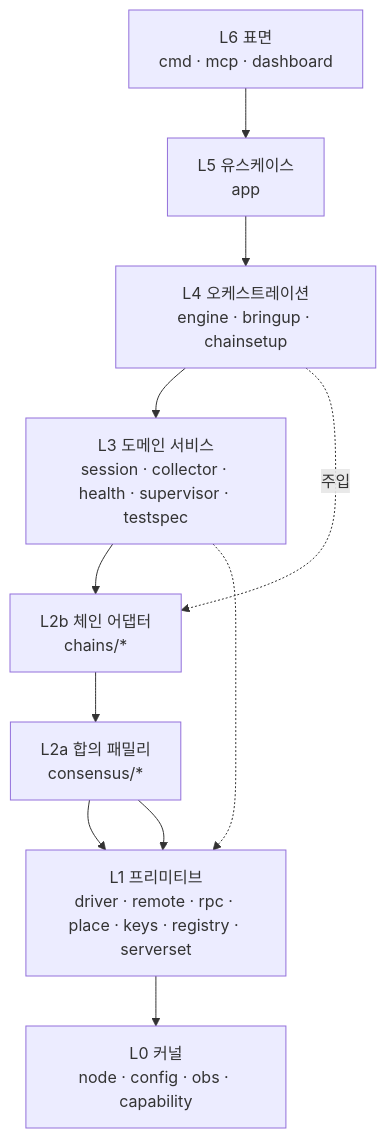
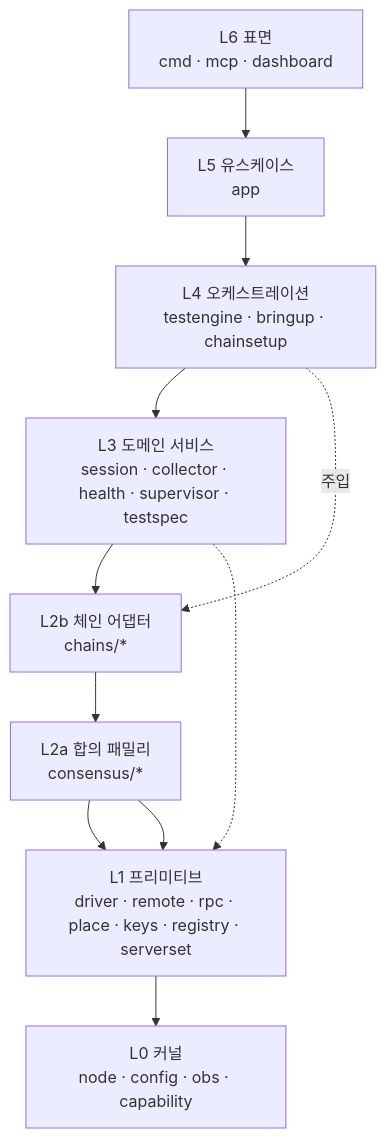
One commit to 0xmhha/chainbench changed the diagram in docs/dev/architecture/layers.md. Above: the diagram before and after it, drawn with Mermaid. The commit also changed other lines of this file and 116 other files, not shown here.

First line of the commit message:
refactor(testengine): the engine narrows to running tests (V6.1) (#288)

````diff
--- a/docs/dev/architecture/layers.md
+++ b/docs/dev/architecture/layers.md
@@ -62,16 +62,16 @@
 ```mermaid
 flowchart TD
     L6["L6 표면<br/>cmd · mcp · dashboard"]
     L5["L5 유스케이스<br/>app"]
-    L4["L4 오케스트레이션<br/>engine · bringup · chainsetup"]
+    L4["L4 오케스트레이션<br/>testengine · bringup · chainsetup"]
     L3["L3 도메인 서비스<br/>session · collector · health · supervisor · testspec"]
     L2b["L2b 체인 어댑터<br/>chains/*"]
     L2a["L2a 합의 패밀리<br/>consensus/*"]
     L1["L1 프리미티브<br/>driver · remote · rpc · place · keys · registry · serverset"]
     L0["L0 커널<br/>node · config · obs · capability"]
 
     L6 --> L5 --> L4 --> L3 --> L2b --> L2a --> L1 --> L0
     L4 -.주입.-> L2b
     L3 -.-> L1
     L2a --> L1
 ```
````
